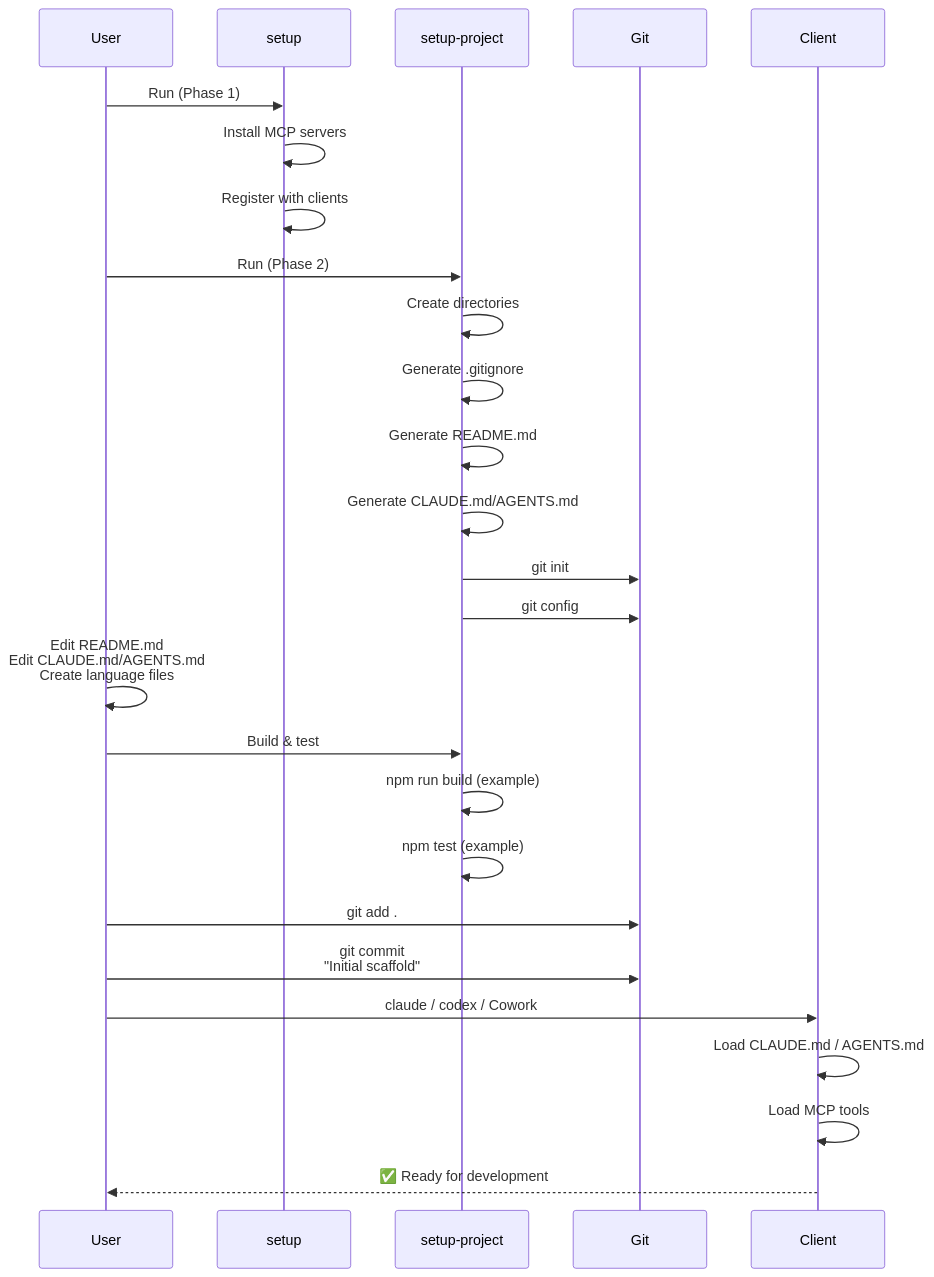
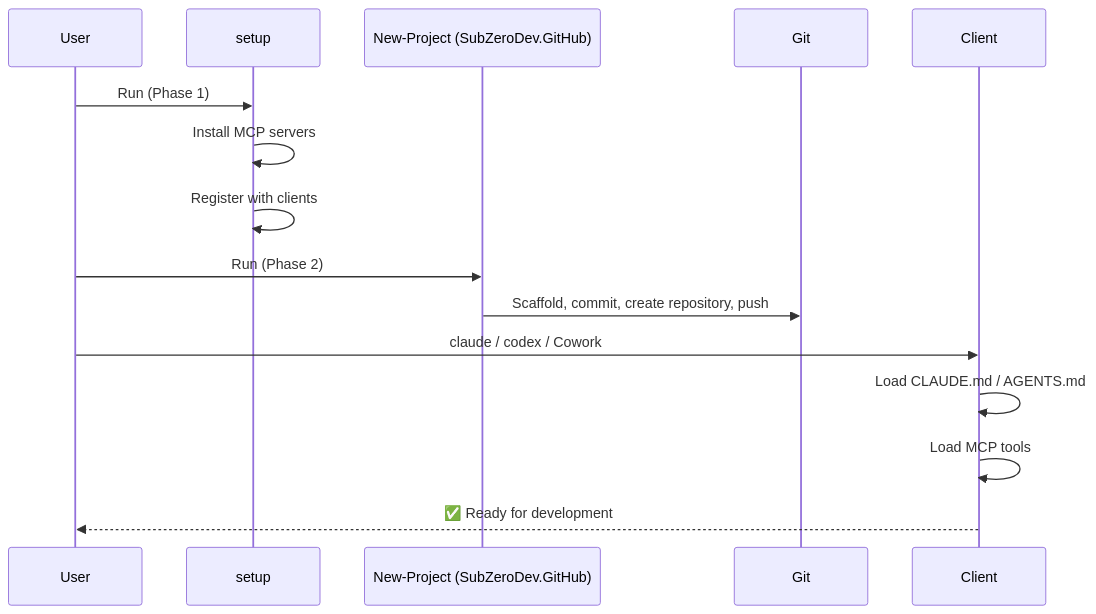
Before and after one commit to The-Running-Dev/SubZeroDev.Workspace: the eighth of 9 diagrams in setup-llm/docs/architecture/setup-flowcharts.md, drawn with Mermaid. The commit also changed other lines of this file and 56 other files, not shown here.

First line of the commit message:
Move project scaffolding to SubZeroDev.GitHub (#53)

````diff
--- a/setup-llm/docs/architecture/setup-flowcharts.md
+++ b/setup-llm/docs/architecture/setup-flowcharts.md
@@ -437,35 +316,21 @@
 ```mermaid
 sequenceDiagram
     participant User
     participant setup
-    participant setup-project
+    participant NewProject as New-Project (SubZeroDev.GitHub)
     participant Git
     participant Client
     
     User->>setup: Run (Phase 1)
     setup->>setup: Install MCP servers
     setup->>setup: Register with clients
     
-    User->>setup-project: Run (Phase 2)
-    setup-project->>setup-project: Create directories
-    setup-project->>setup-project: Generate .gitignore
-    setup-project->>setup-project: Generate README.md
-    setup-project->>setup-project: Generate CLAUDE.md/AGENTS.md
-    setup-project->>Git: git init
-    setup-project->>Git: git config
-    
-    User->>User: Edit README.md<br/>Edit CLAUDE.md/AGENTS.md<br/>Create language files
-    
-    User->>setup-project: Build & test
-    setup-project->>setup-project: npm run build (example)
-    setup-project->>setup-project: npm test (example)
-    
-    User->>Git: git add .
-    User->>Git: git commit<br/>"Initial scaffold"
+    User->>NewProject: Run (Phase 2)
+    NewProject->>Git: Scaffold, commit, create repository, push
     
     User->>Client: claude / codex / Cowork
     Client->>Client: Load CLAUDE.md / AGENTS.md
     Client->>Client: Load MCP tools
     
     Client-->>User: ✅ Ready for development
 ```
````
